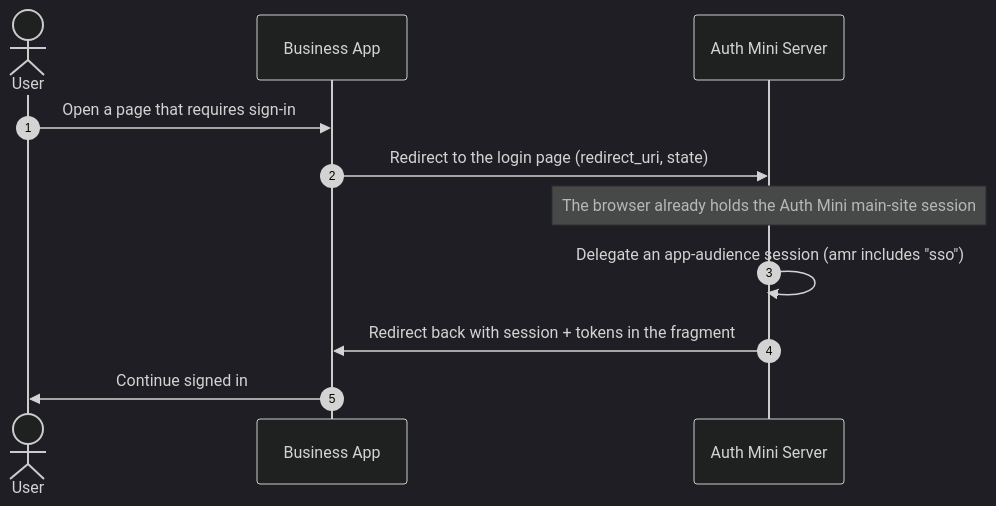
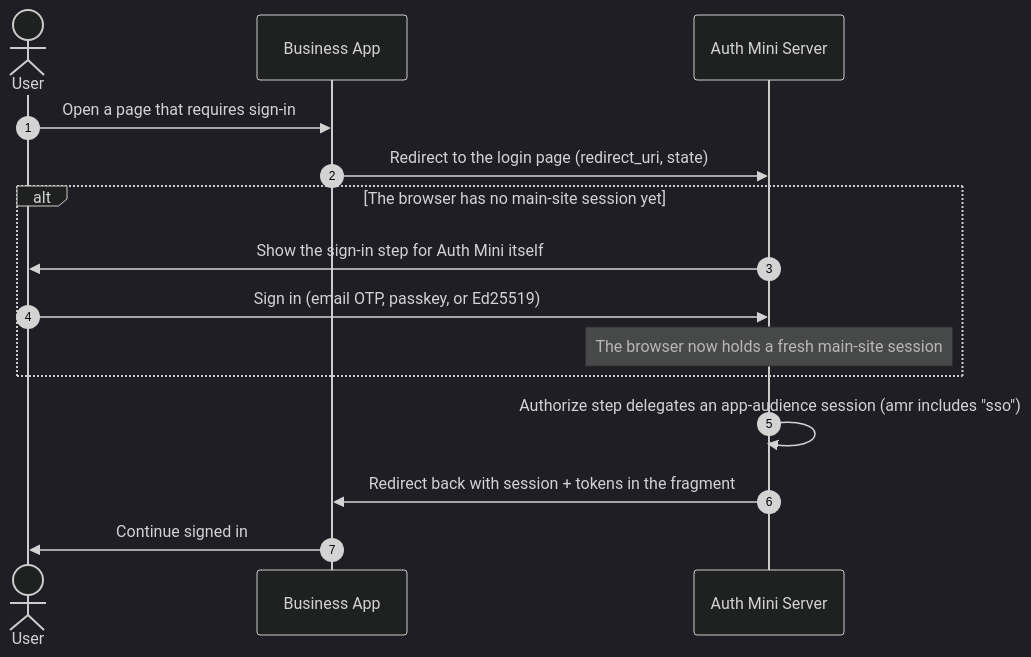
Before and after one commit to zccz14/auth-mini: the fifth of 5 diagrams in README.md, drawn with Mermaid (dark theme). The commit also changed other lines of this file and 6 other files, not shown here.

First line of the commit message:
✨ sign in to the main site before authorizing a downstream app (#203)

````diff
--- a/README.md
+++ b/README.md
@@ -143,14 +143,18 @@
 ```mermaid
 sequenceDiagram
     autonumber
     actor User
     participant App as Business App
     participant Auth as Auth Mini Server
 
     User->>App: Open a page that requires sign-in
     App->>Auth: Redirect to the login page (redirect_uri, state)
-    Note over Auth: The browser already holds the Auth Mini main-site session
-    Auth->>Auth: Delegate an app-audience session (amr includes "sso")
+    alt The browser has no main-site session yet
+        Auth->>User: Show the sign-in step for Auth Mini itself
+        User->>Auth: Sign in (email OTP, passkey, or Ed25519)
+        Note over Auth: The browser now holds a fresh main-site session
+    end
+    Auth->>Auth: Authorize step delegates an app-audience session (amr includes "sso")
     Auth->>App: Redirect back with session + tokens in the fragment
     App->>User: Continue signed in
 ```
````
